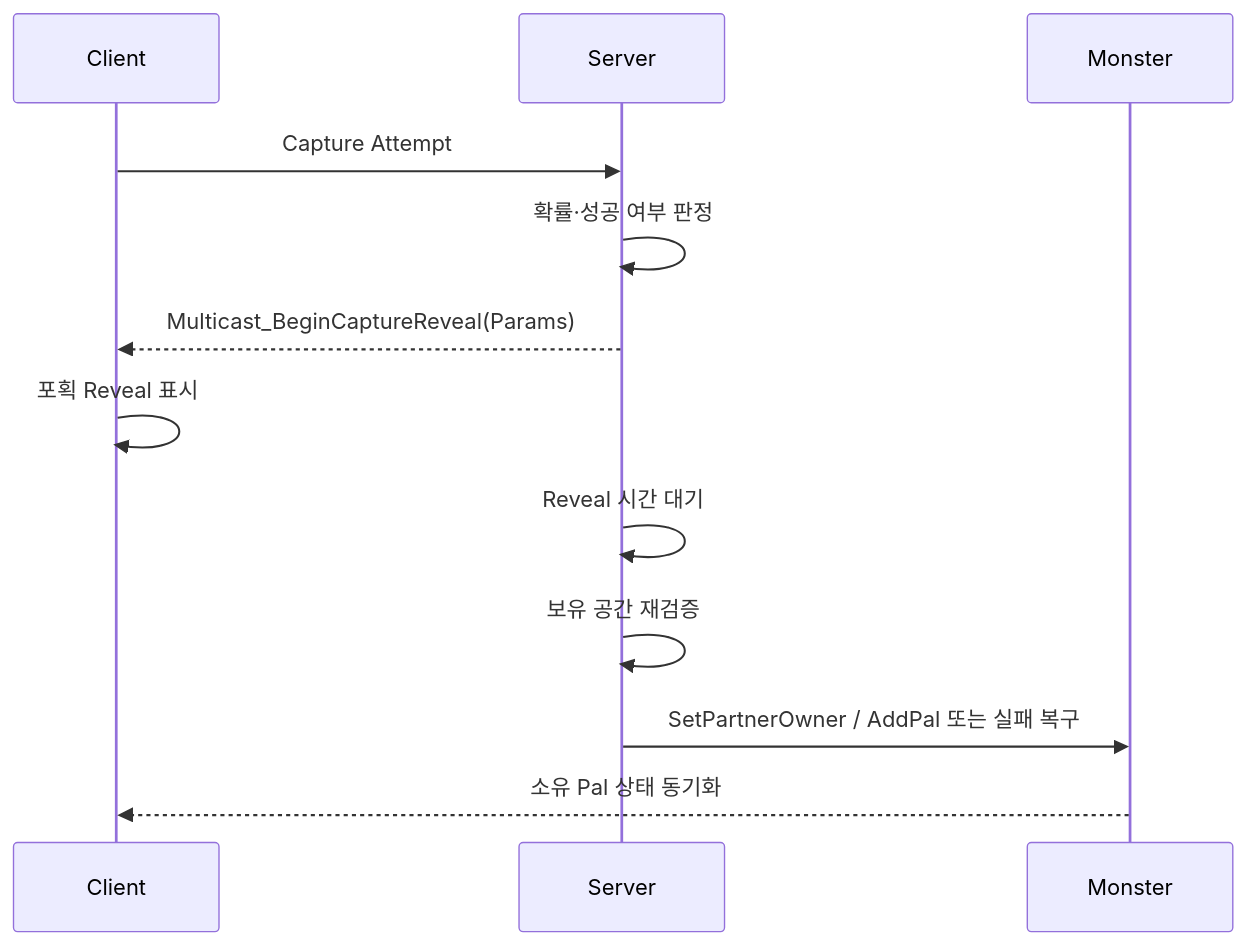
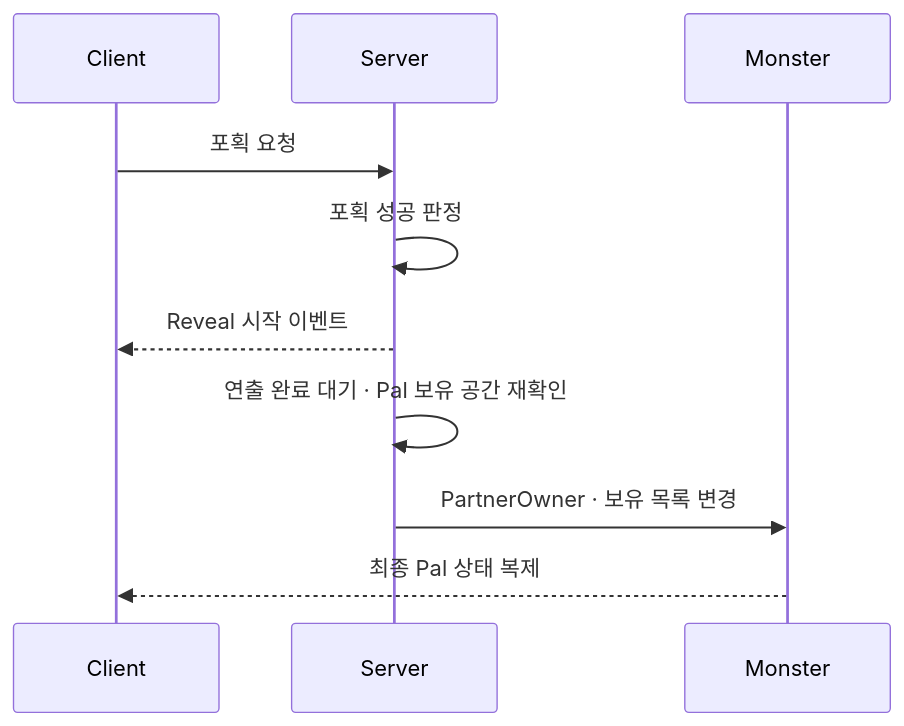
The second of 2 diagrams in Doc/Wiki/12_Multiplayer_Synchronization.md (chungheonLee0325/Sonheim), drawn with Mermaid before and after one commit. The commit also changed other lines of this file, not shown here.

```diff
--- a/Doc/Wiki/12_Multiplayer_Synchronization.md
+++ b/Doc/Wiki/12_Multiplayer_Synchronization.md
@@ -270,14 +122,12 @@
 ~~~mermaid
 sequenceDiagram
     participant C as Client
     participant S as Server
     participant M as Monster
-    C->>S: Capture Attempt
-    S->>S: 확률·성공 여부 판정
-    S-->>C: Multicast_BeginCaptureReveal(Params)
-    C->>C: 포획 Reveal 표시
-    S->>S: Reveal 시간 대기
-    S->>S: 보유 공간 재검증
-    S->>M: SetPartnerOwner / AddPal 또는 실패 복구
-    M-->>C: 소유 Pal 상태 동기화
+    C->>S: 포획 요청
+    S->>S: 포획 성공 판정
+    S-->>C: Reveal 시작 이벤트
+    S->>S: 연출 완료 대기 · Pal 보유 공간 재확인
+    S->>M: PartnerOwner · 보유 목록 변경
+    M-->>C: 최종 Pal 상태 복제
 ~~~
```
